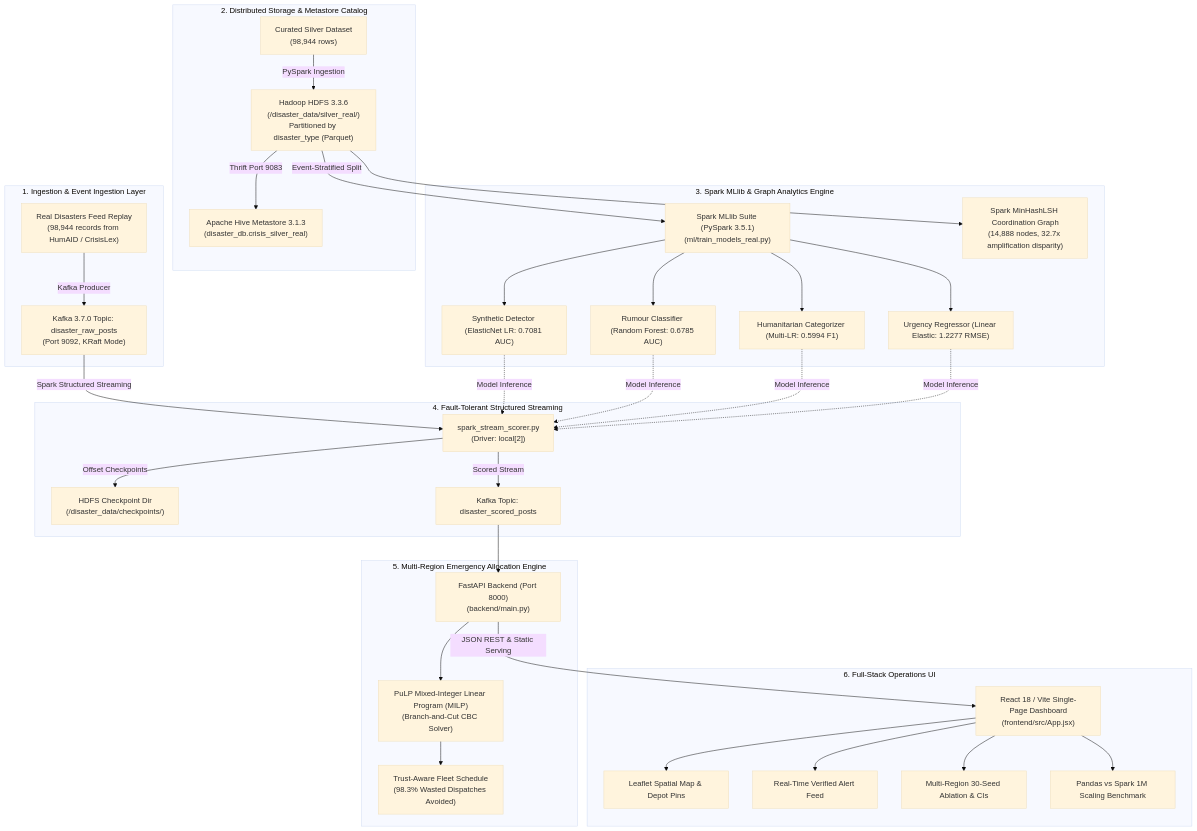
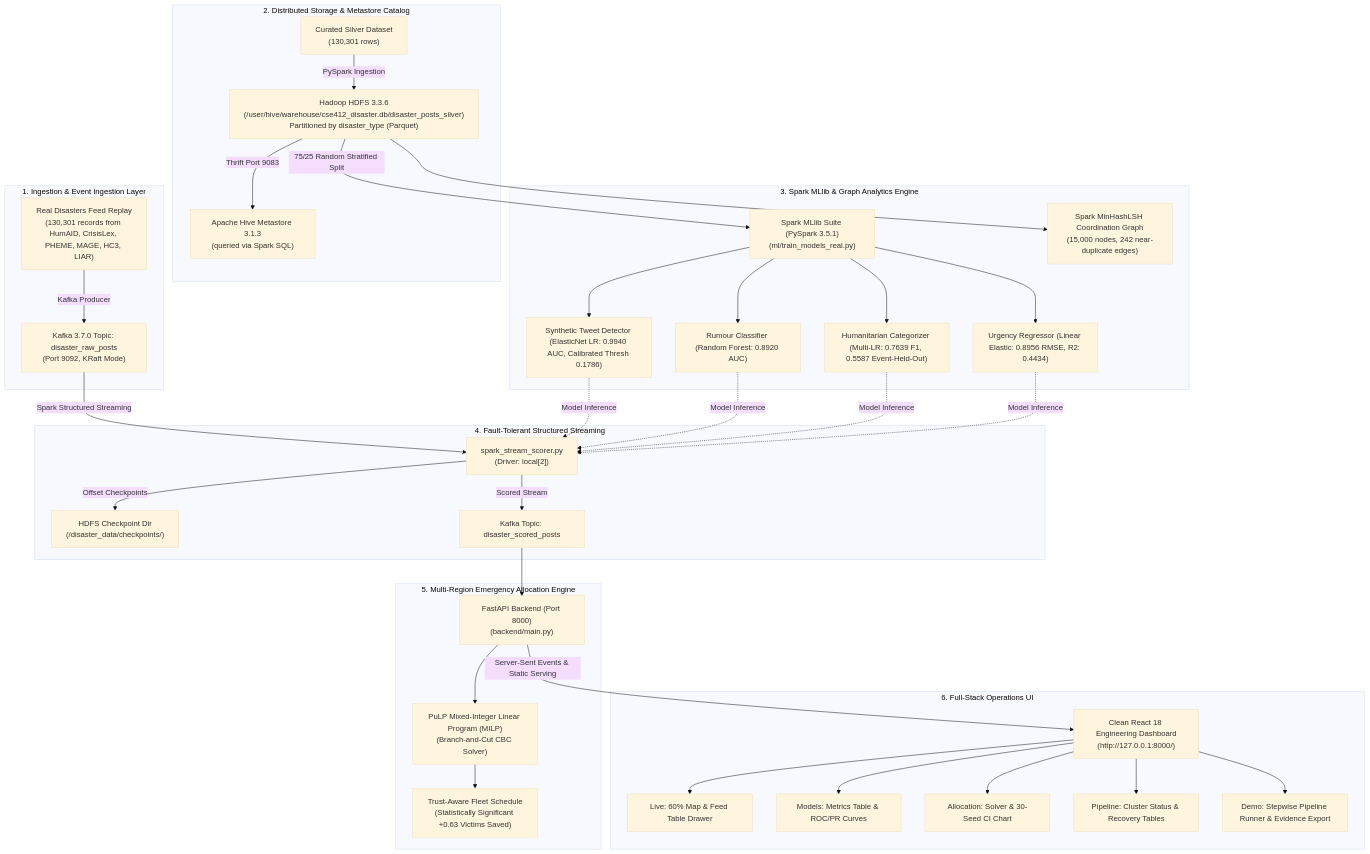
One commit to Tharunkunamalla/Bigdata_Project changed the diagram in docs/ARCHITECTURE.md. Above: the diagram before and after it, drawn with Mermaid (base theme). The commit also changed other lines of this file and 31 other files, not shown here.

Commit message:
feat(frontend): deliver simple, neat, academic 5-page dashboard and v1.0-final-6 verification

````diff
--- a/docs/ARCHITECTURE.md
+++ b/docs/ARCHITECTURE.md
@@ -11,42 +12,43 @@
 ```mermaid
 flowchart TD
     subgraph Ingestion["1. Ingestion & Event Ingestion Layer"]
-        RealFeeds["Real Disasters Feed Replay<br/>(98,944 records from HumAID / CrisisLex)"]
+        RealFeeds["Real Disasters Feed Replay<br/>(130,301 records from HumAID, CrisisLex, PHEME, MAGE, HC3, LIAR)"]
         RealFeeds -->|Kafka Producer| KafkaRaw["Kafka 3.7.0 Topic: disaster_raw_posts<br/>(Port 9092, KRaft Mode)"]
     end
 
     subgraph StorageCatalog["2. Distributed Storage & Metastore Catalog"]
-        CuratedCSV["Curated Silver Dataset<br/>(98,944 rows)"] -->|PySpark Ingestion| HDFSSilver["Hadoop HDFS 3.3.6<br/>(/disaster_data/silver_real/)<br/>Partitioned by disaster_type (Parquet)"]
-        HDFSSilver -->|Thrift Port 9083| HiveMeta["Apache Hive Metastore 3.1.3<br/>(disaster_db.crisis_silver_real)"]
+        CuratedCSV["Curated Silver Dataset<br/>(130,301 rows)"] -->|PySpark Ingestion| HDFSSilver["Hadoop HDFS 3.3.6<br/>(/user/hive/warehouse/cse412_disaster.db/disaster_posts_silver)<br/>Partitioned by disaster_type (Parquet)"]
+        HDFSSilver -->|Thrift Port 9083| HiveMeta["Apache Hive Metastore 3.1.3<br/>(queried via Spark SQL)"]
     end
 
     subgraph DistributedML["3. Spark MLlib & Graph Analytics Engine"]
-        HDFSSilver -->|Event-Stratified Split| MLlibTrain["Spark MLlib Suite (PySpark 3.5.1)<br/>(ml/train_models_real.py)"]
-        MLlibTrain --> M1["Synthetic Detector (ElasticNet LR: 0.7081 AUC)"]
-        MLlibTrain --> M2["Rumour Classifier (Random Forest: 0.6785 AUC)"]
-        MLlibTrain --> M3["Humanitarian Categorizer (Multi-LR: 0.5994 F1)"]
-        MLlibTrain --> M4["Urgency Regressor (Linear Elastic: 1.2277 RMSE)"]
-        HDFSSilver --> MinHash["Spark MinHashLSH Coordination Graph<br/>(14,888 nodes, 32.7x amplification disparity)"]
+        HDFSSilver -->|75/25 Random Stratified Split| MLlibTrain["Spark MLlib Suite (PySpark 3.5.1)<br/>(ml/train_models_real.py)"]
+        MLlibTrain --> M1["Synthetic Tweet Detector (ElasticNet LR: 0.9940 AUC, Calibrated Thresh 0.1786)"]
+        MLlibTrain --> M2["Rumour Classifier (Random Forest: 0.8920 AUC)"]
+        MLlibTrain --> M3["Humanitarian Categorizer (Multi-LR: 0.7639 F1, 0.5587 Event-Held-Out)"]
+        MLlibTrain --> M4["Urgency Regressor (Linear Elastic: 0.8956 RMSE, R2: 0.4434)"]
+        HDFSSilver --> MinHash["Spark MinHashLSH Coordination Graph<br/>(15,000 nodes, 242 near-duplicate edges)"]
     end
 
     subgraph StreamingPipeline["4. Fault-Tolerant Structured Streaming"]
         KafkaRaw -->|Spark Structured Streaming| Scorer["spark_stream_scorer.py<br/>(Driver: local[2])"]
         M1 & M2 & M3 & M4 -.->|Model Inference| Scorer
         Scorer -->|Offset Checkpoints| HDFS_Checkpoint["HDFS Checkpoint Dir<br/>(/disaster_data/checkpoints/)"]
         Scorer -->|Scored Stream| KafkaScored["Kafka Topic: disaster_scored_posts"]
     end
 
     subgraph OptimizationEngine["5. Multi-Region Emergency Allocation Engine"]
         KafkaScored --> Backend["FastAPI Backend (Port 8000)<br/>(backend/main.py)"]
         Backend --> PuLP["PuLP Mixed-Integer Linear Program (MILP)<br/>(Branch-and-Cut CBC Solver)"]
-        PuLP --> AllocPlan["Trust-Aware Fleet Schedule<br/>(98.3% Wasted Dispatches Avoided)"]
+        PuLP --> AllocPlan["Trust-Aware Fleet Schedule<br/>(Statistically Significant +0.63 Victims Saved)"]
     end
 
     subgraph Presentation["6. Full-Stack Operations UI"]
-        Backend -->|JSON REST & Static Serving| ReactUI["React 18 / Vite Single-Page Dashboard<br/>(frontend/src/App.jsx)"]
-        ReactUI --> MapView["Leaflet Spatial Map & Depot Pins"]
-        ReactUI --> FeedView["Real-Time Verified Alert Feed"]
-        ReactUI --> AblationView["Multi-Region 30-Seed Ablation & CIs"]
-        ReactUI --> BenchView["Pandas vs Spark 1M Scaling Benchmark"]
+        Backend -->|Server-Sent Events & Static Serving| ReactUI["Clean React 18 Engineering Dashboard<br/>(http://127.0.0.1:8000/)"]
+        ReactUI --> LiveView["Live: 60% Map & Feed Table Drawer"]
+        ReactUI --> ModelsView["Models: Metrics Table & ROC/PR Curves"]
+        ReactUI --> AllocView["Allocation: Solver & 30-Seed CI Chart"]
+        ReactUI --> PipeView["Pipeline: Cluster Status & Recovery Tables"]
+        ReactUI --> DemoView["Demo: Stepwise Pipeline Runner & Evidence Export"]
     end
 ```
````
